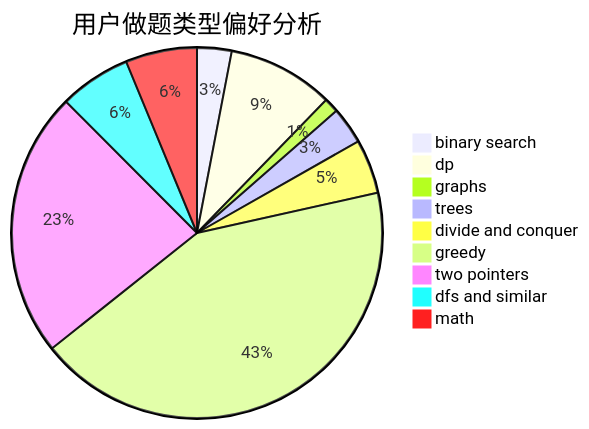
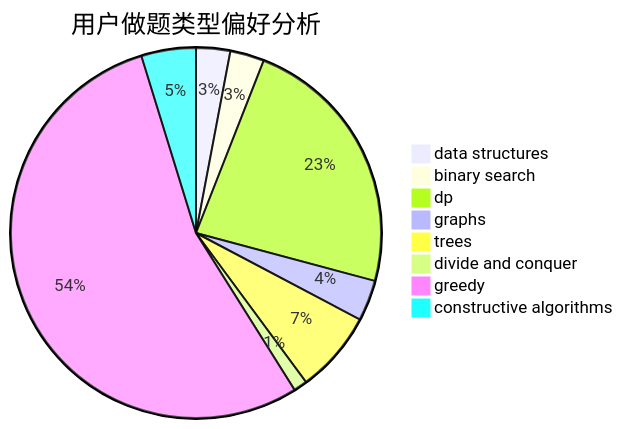
Before and after one commit to sherpahu/cfrs.github.io: the second of 3 diagrams in docs/user/u118.md, drawn with Mermaid. The commit also changed other lines of this file and 2775 other files, not shown here.

````diff
--- a/docs/user/u118.md
+++ b/docs/user/u118.md
@@ -23,12 +23,11 @@
 ```mermaid
 pie title 用户做题类型偏好分析
-    "binary search" :  14
-    "dp" :  43
+    "data structures" :  5
+    "binary search" :  5
+    "dp" :  39
     "graphs" :  6
-    "trees" :  15
-    "divide and conquer" :  22
-    "greedy" :  199
-    "two pointers" :  108
-    "dfs and similar" :  29
-    "math" :  29
+    "trees" :  12
+    "divide and conquer" :  2
+    "greedy" :  91
+    "constructive algorithms" :  8
 ```
````
